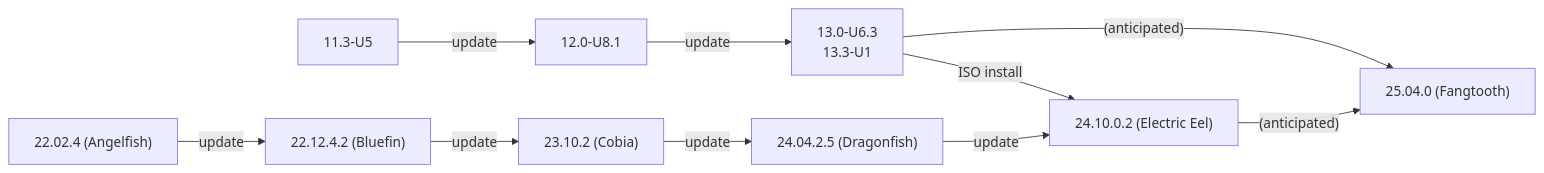
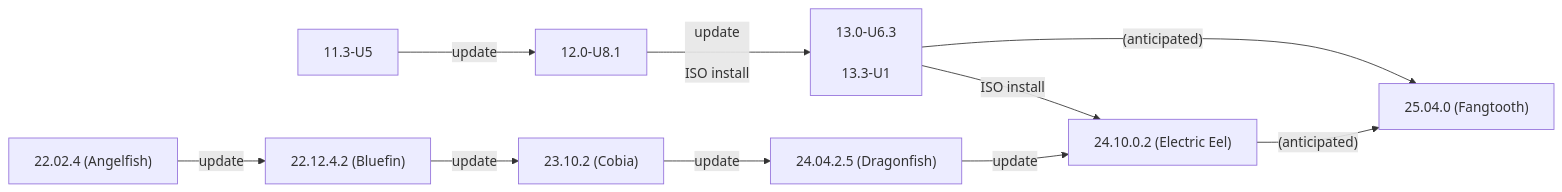
One commit to truenas/documentation changed the first of 2 diagrams in static/includes/SCALEUpgradePaths.md. Above: the diagram before and after it, drawn with Mermaid. The commit also changed other lines of this file, not shown here.

```diff
--- a/static/includes/SCALEUpgradePaths.md
+++ b/static/includes/SCALEUpgradePaths.md
@@ -61,13 +61,13 @@
           {{< mermaid class="mermaid_sizing" >}}
           flowchart LR
             A["11.3-U5"] -->|update| B["12.0-U8.1"]
-            B -->|update| C["13.0-U6.3 <br> 13.3-U1"]
+            B -->|"update<br><br>ISO install"| C["13.0-U6.3<br><br>13.3-U1"]
             C -->|ISO install| H
             C -->|"(anticipated)"| I
             D["22.02.4 (Angelfish)"] -->|update| E
             E["22.12.4.2 (Bluefin)"] -->|update| F
             F["23.10.2 (Cobia)"] -->|update| G
             G["24.04.2.5 (Dragonfish)"] -->|update| H
             H["24.10.0.2 (Electric Eel)"] -->|"(anticipated)"| I
             I["25.04.0 (Fangtooth)"]
           {{< /mermaid >}}
```
